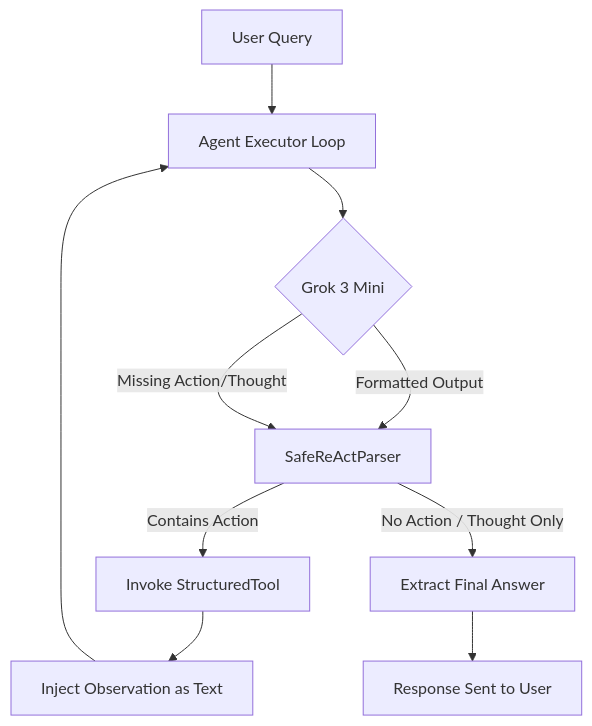
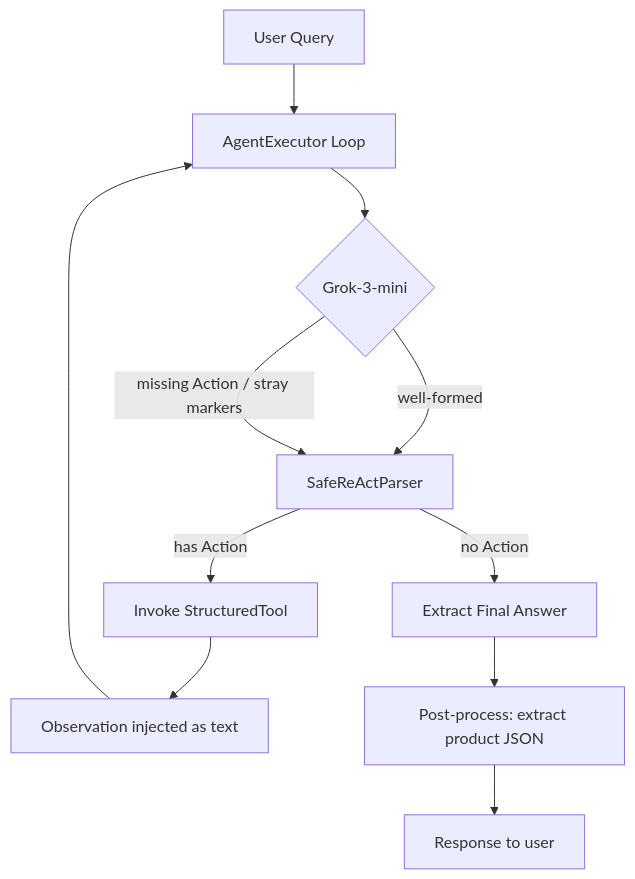
One commit to chuong1210/VShop changed the fifth of 8 diagrams in README.md. Above: the diagram before and after it, drawn with Mermaid. The commit also changed other lines of this file, not shown here.

````diff
--- a/README.md
+++ b/README.md
@@ -200,12 +251,13 @@
 ```mermaid
 flowchart TD
-    UserQuery[User Query] --> AgentExec[Agent Executor Loop]
-    AgentExec --> LLM{Grok 3 Mini}
-    LLM -->|Formatted Output| Parser[SafeReActParser]
-    LLM -->|Missing Action/Thought| Parser
-    Parser -->|Contains Action| ExecuteTool[Invoke StructuredTool]
-    Parser -->|No Action / Thought Only| FinalAnswer[Extract Final Answer]
-    ExecuteTool --> Observation[Inject Observation as Text]
-    Observation --> AgentExec
-    FinalAnswer --> ReturnUser[Response Sent to User]
+    UserQuery[User Query] --> AgentExec[AgentExecutor Loop]
+    AgentExec --> LLM{Grok-3-mini}
+    LLM -->|well-formed| Parser[SafeReActParser]
+    LLM -->|missing Action / stray markers| Parser
+    Parser -->|has Action| Tool[Invoke StructuredTool]
+    Parser -->|no Action| Final[Extract Final Answer]
+    Tool --> Obs[Observation injected as text]
+    Obs --> AgentExec
+    Final --> Post[Post-process: extract product JSON]
+    Post --> User[Response to user]
 ```
````
